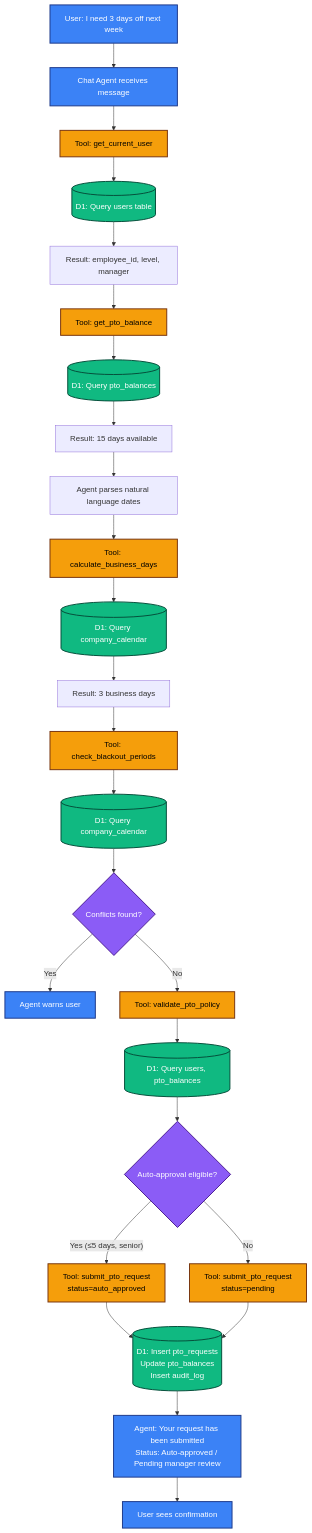
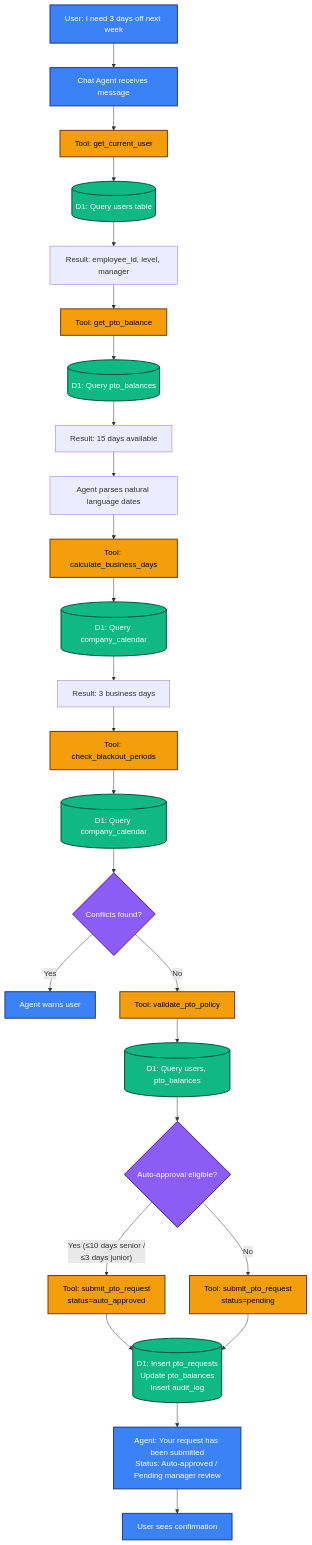
One commit to RamyaLakshmiKS/cf_ai_approvalflow-ai changed the third of 9 diagrams in docs/ARCHITECTURE.md. Above: the diagram before and after it, drawn with Mermaid. The commit also changed other lines of this file and 1 other file, not shown here.

````diff
--- a/docs/ARCHITECTURE.md
+++ b/docs/ARCHITECTURE.md
@@ -493,47 +534,47 @@
 ```mermaid
 flowchart TD
   Start["User: I need 3 days off next week"]
   Start --> Agent[Chat Agent receives message]
 
   Agent --> T1[Tool: get_current_user]
   T1 --> D1_1[("D1: Query users table")]
   D1_1 --> T1_Result[Result: employee_id, level, manager]
 
   T1_Result --> T2[Tool: get_pto_balance]
   T2 --> D2_1[("D1: Query pto_balances")]
   D2_1 --> T2_Result[Result: 15 days available]
 
   T2_Result --> ParseDates[Agent parses natural language dates]
   ParseDates --> T3[Tool: calculate_business_days]
   T3 --> D3_1[("D1: Query company_calendar")]
   D3_1 --> T3_Result[Result: 3 business days]
 
   T3_Result --> T4[Tool: check_blackout_periods]
   T4 --> D4_1[("D1: Query company_calendar")]
   D4_1 --> Conflict{Conflicts found?}
 
   Conflict -->|Yes| AgentWarn[Agent warns user]
   Conflict -->|No| T5[Tool: validate_pto_policy]
 
   T5 --> D5_1[("D1: Query users, pto_balances")]
   D5_1 --> AutoApproval{Auto-approval eligible?}
 
-  AutoApproval -->|"Yes (≤5 days, senior)"| T6A["Tool: submit_pto_request<br/>status=auto_approved"]
+  AutoApproval -->|"Yes (≤10 days senior /<br/>≤3 days junior)"| T6A["Tool: submit_pto_request<br/>status=auto_approved"]
   AutoApproval -->|No| T6B["Tool: submit_pto_request<br/>status=pending"]
 
   T6A --> D6[("D1: Insert pto_requests<br/>Update pto_balances<br/>Insert audit_log")]
   T6B --> D6
 
   D6 --> AgentResponse["Agent: Your request has been submitted<br/>Status: Auto-approved / Pending manager review"]
   AgentResponse --> End[User sees confirmation]
 
   classDef toolNode fill:#f59e0b,stroke:#78350f,stroke-width:2px,color:#000;
   classDef dbNode fill:#10b981,stroke:#064e3b,stroke-width:2px,color:#fff;
   classDef decisionNode fill:#8b5cf6,stroke:#4c1d95,stroke-width:2px,color:#fff;
   classDef userNode fill:#3b82f6,stroke:#1e3a8a,stroke-width:2px,color:#fff;
 
   class T1,T2,T3,T4,T5,T6A,T6B toolNode;
   class D1_1,D2_1,D3_1,D4_1,D5_1,D6 dbNode;
   class Conflict,AutoApproval decisionNode;
   class Start,End,Agent,AgentWarn,AgentResponse userNode;
 ```
````
